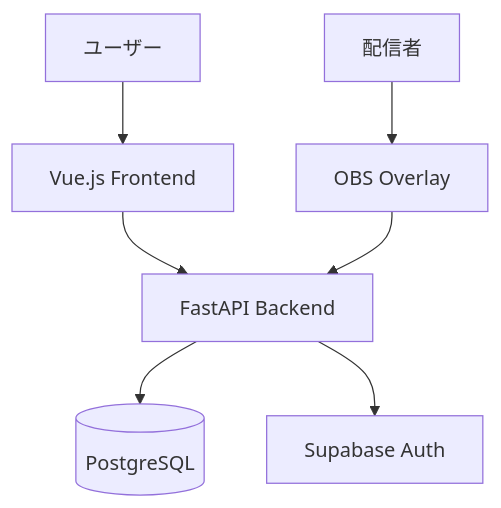
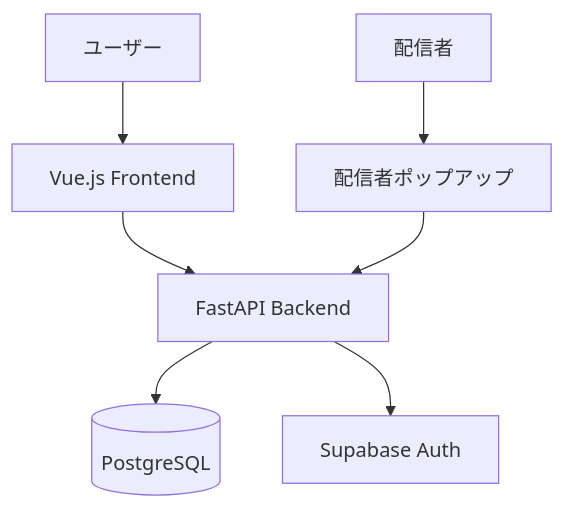
One commit to krtw00/duel-log-app changed the diagram in README.md. Above: the diagram before and after it, drawn with Mermaid. The commit also changed other lines of this file and 87 other files, not shown here.

````diff
--- a/README.md
+++ b/README.md
@@ -28,9 +28,9 @@
 ```mermaid
 flowchart TB
     User[ユーザー] --> Frontend[Vue.js Frontend]
-    Streamer[配信者] --> OBS[OBS Overlay]
+    Streamer[配信者] --> Popup[配信者ポップアップ]
     Frontend --> Backend[FastAPI Backend]
-    OBS --> Backend
+    Popup --> Backend
     Backend --> DB[(PostgreSQL)]
     Backend --> Auth[Supabase Auth]
 ```
````
